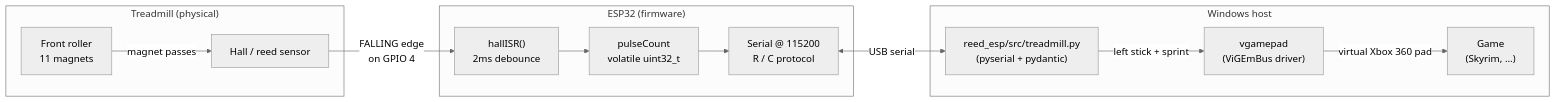
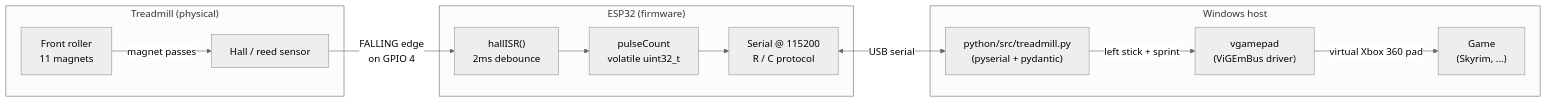
Before and after one commit to henriquelino/maratron: the first of 3 diagrams in README.md, drawn with Mermaid (neutral theme). The commit also changed other lines of this file, not shown here.

````diff
--- a/README.md
+++ b/README.md
@@ -28,26 +28,26 @@
 ```mermaid
 flowchart LR
     subgraph Treadmill["Treadmill (physical)"]
         Roller["Front roller<br/>11 magnets"]
         Hall["Hall / reed sensor"]
         Roller -- "magnet passes" --> Hall
     end
 
     subgraph ESP["ESP32 (firmware)"]
         ISR["hallISR()<br/>2ms debounce"]
         Counter["pulseCount<br/>volatile uint32_t"]
         SerialFW["Serial @ 115200<br/>R / C protocol"]
         Hall -- "FALLING edge<br/>on GPIO 4" --> ISR
         ISR --> Counter
         Counter --> SerialFW
     end
 
     subgraph PC["Windows host"]
-        Py["reed_esp/src/treadmill.py<br/>(pyserial + pydantic)"]
+        Py["python/src/treadmill.py<br/>(pyserial + pydantic)"]
         VG["vgamepad<br/>(ViGEmBus driver)"]
         Game["Game<br/>(Skyrim, ...)"]
         SerialFW <-- "USB serial" --> Py
         Py -- "left stick + sprint" --> VG
         VG -- "virtual Xbox 360 pad" --> Game
     end
 ```
````
